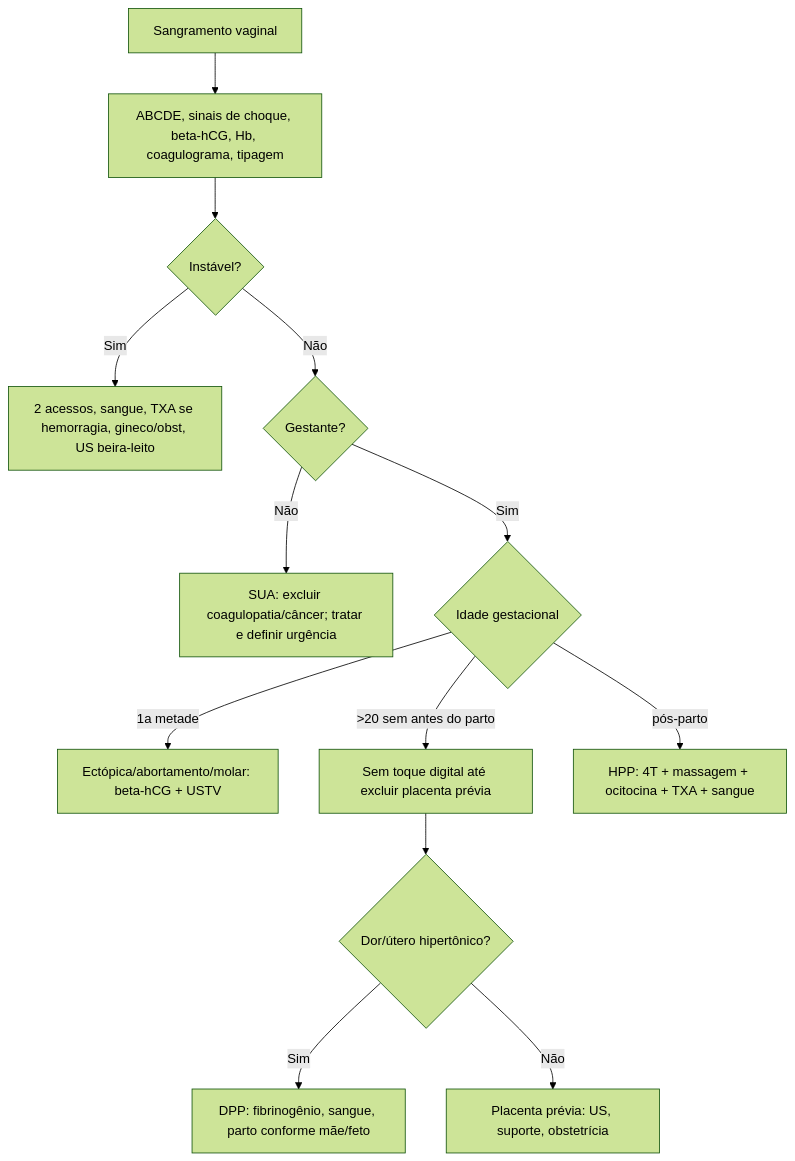
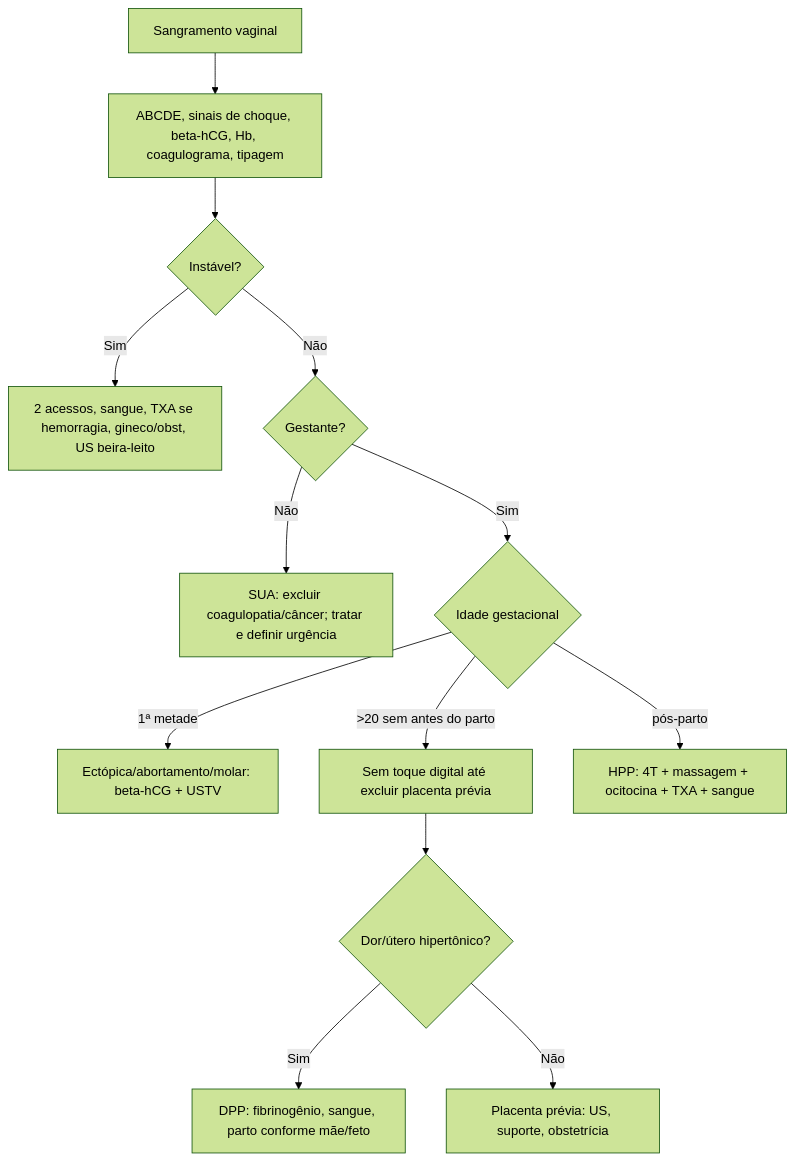
The second of 2 diagrams in Intensivao/temas/009_emergencias-obstetricas-ginecologicas.md (ThiagoPersona/emergencia26), drawn with Mermaid (forest theme) before and after one commit. The commit also changed other lines of this file and 15 other files, not shown here.

````diff
--- a/Intensivao/temas/009_emergencias-obstetricas-ginecologicas.md
+++ b/Intensivao/temas/009_emergencias-obstetricas-ginecologicas.md
@@ -180,15 +180,15 @@
 ```mermaid
 flowchart TD
     A[Sangramento vaginal] --> B[ABCDE, sinais de choque, beta-hCG, Hb, coagulograma, tipagem]
     B --> C{Instável?}
     C -->|Sim| D[2 acessos, sangue, TXA se hemorragia, gineco/obst, US beira-leito]
     C -->|Não| E{Gestante?}
     E -->|Não| F[SUA: excluir coagulopatia/câncer; tratar e definir urgência]
     E -->|Sim| G{Idade gestacional}
-    G -->|1a metade| H[Ectópica/abortamento/molar: beta-hCG + USTV]
+    G -->|1ª metade| H[Ectópica/abortamento/molar: beta-hCG + USTV]
     G -->|>20 sem antes do parto| I[Sem toque digital até excluir placenta prévia]
     G -->|pós-parto| J[HPP: 4T + massagem + ocitocina + TXA + sangue]
     I --> K{Dor/útero hipertônico?}
     K -->|Sim| L[DPP: fibrinogênio, sangue, parto conforme mãe/feto]
     K -->|Não| M[Placenta prévia: US, suporte, obstetrícia]
 ```
````
